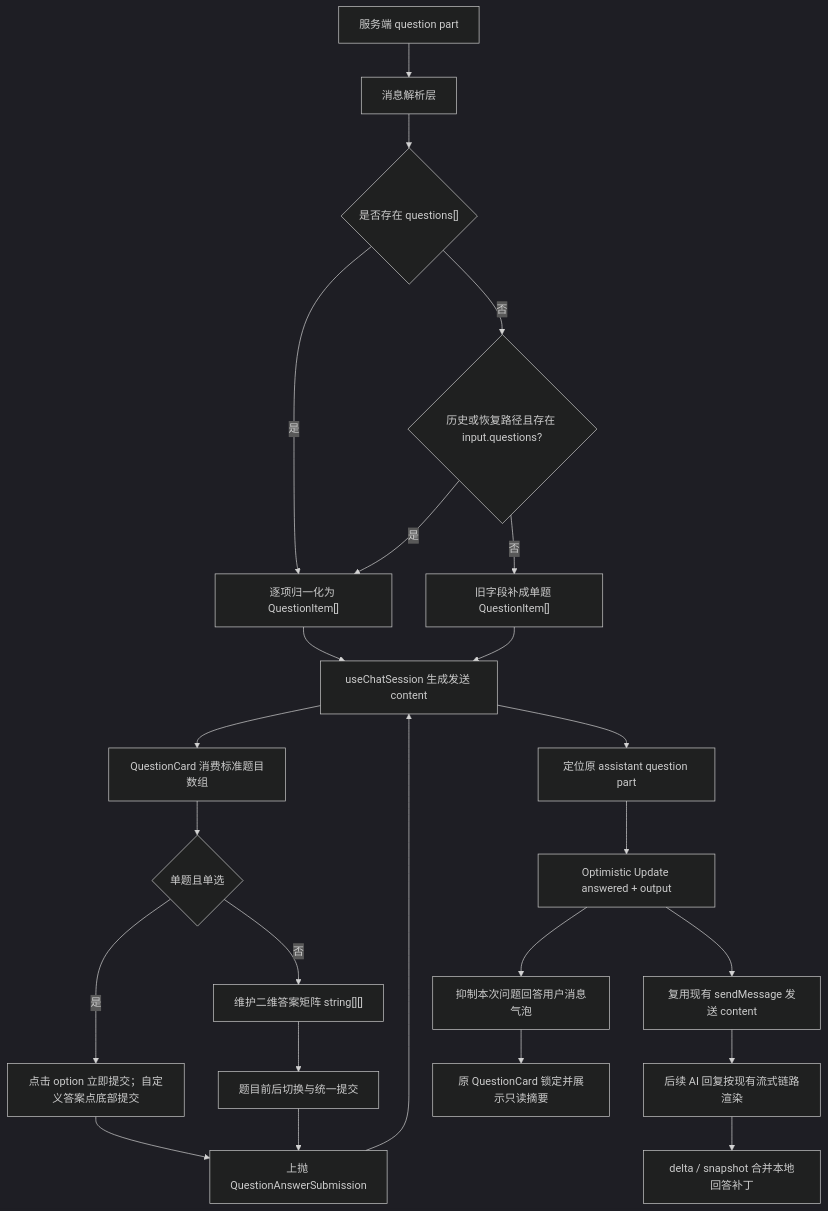
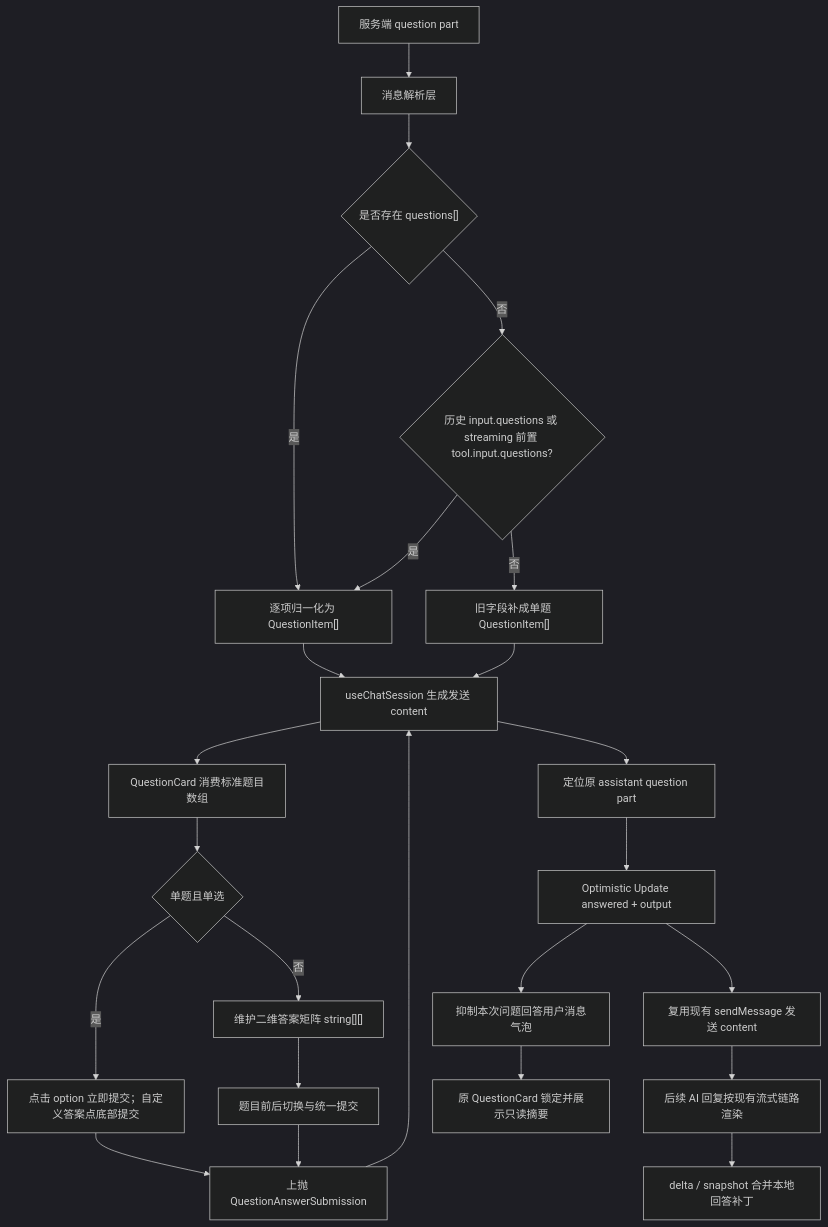
The first of 4 diagrams in ai-chat-viewer/docs/2026-06-12-question-card-multi-question-answer-design.md (Abelsjcheng/skillSDK), drawn with Mermaid (dark theme) before and after one commit. The commit also changed other lines of this file and 4 other files, not shown here.

First line of the commit message:
fix(question): hydrate streaming questions from tool input

````diff
--- a/ai-chat-viewer/docs/2026-06-12-question-card-multi-question-answer-design.md
+++ b/ai-chat-viewer/docs/2026-06-12-question-card-multi-question-answer-design.md
@@ -46,26 +46,26 @@
 ```mermaid
 flowchart TD
     A["服务端 question part"] --> B["消息解析层"]
     B --> C{"是否存在 questions[]"}
     C -- "是" --> D["逐项归一化为 QuestionItem[]"]
-    C -- "否" --> E{"历史或恢复路径且存在 input.questions?"}
+    C -- "否" --> E{"历史 input.questions 或 streaming 前置 tool.input.questions?"}
     E -- "是" --> D
     E -- "否" --> F["旧字段补成单题 QuestionItem[]"]
     D --> M["消息 part 写入 part.questions"]
     F --> M
     M --> G["QuestionCard 消费标准题目数组"]
     G --> H{"单题且单选"}
     H -- "是" --> I["点击 option 立即提交；自定义答案点底部提交"]
     H -- "否" --> J["维护二维答案矩阵 string[][]"]
     J --> K["题目前后切换与统一提交"]
     I --> L["上抛 QuestionAnswerSubmission"]
     K --> L
     L --> M["useChatSession 生成发送 content"]
     M --> N["定位原 assistant question part"]
     N --> O["Optimistic Update answered + output"]
     O --> P["复用现有 sendMessage 发送 content"]
     O --> Q["抑制本次问题回答用户消息气泡"]
     P --> R["后续 AI 回复按现有流式链路渲染"]
     R --> S["delta / snapshot 合并本地回答补丁"]
     Q --> T["原 QuestionCard 锁定并展示只读摘要"]
 ```
````
